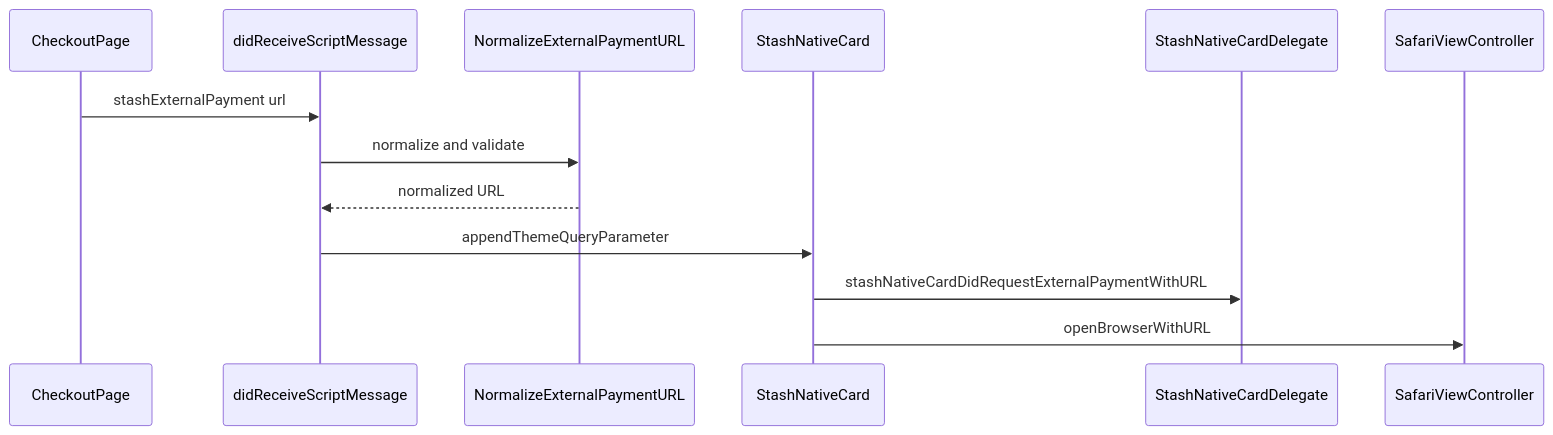
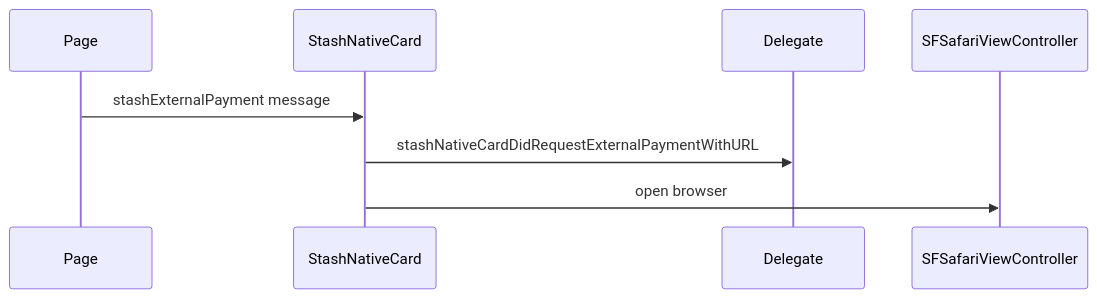
One commit to stashgg/stash-native changed the second of 3 diagrams in docs/ios.md. Above: the diagram before and after it, drawn with Mermaid. The commit also changed other lines of this file and 6 other files, not shown here.

````diff
--- a/docs/ios.md
+++ b/docs/ios.md
@@ -125,16 +102,11 @@
 ```mermaid
 sequenceDiagram
-    participant Page as CheckoutPage
-    participant Handler as didReceiveScriptMessage
-    participant URL as NormalizeExternalPaymentURL
-    participant SDK as StashNativeCard
-    participant Delegate as StashNativeCardDelegate
-    participant Safari as SafariViewController
+    participant Page as Page
+    participant Card as StashNativeCard
+    participant Del as Delegate
+    participant Safari as SFSafariViewController
 
-    Page->>Handler: stashExternalPayment url
-    Handler->>URL: normalize and validate
-    URL-->>Handler: normalized URL
-    Handler->>SDK: appendThemeQueryParameter
-    SDK->>Delegate: stashNativeCardDidRequestExternalPaymentWithURL
-    SDK->>Safari: openBrowserWithURL
+    Page->>Card: stashExternalPayment message
+    Card->>Del: stashNativeCardDidRequestExternalPaymentWithURL
+    Card->>Safari: open browser
 ```
````
